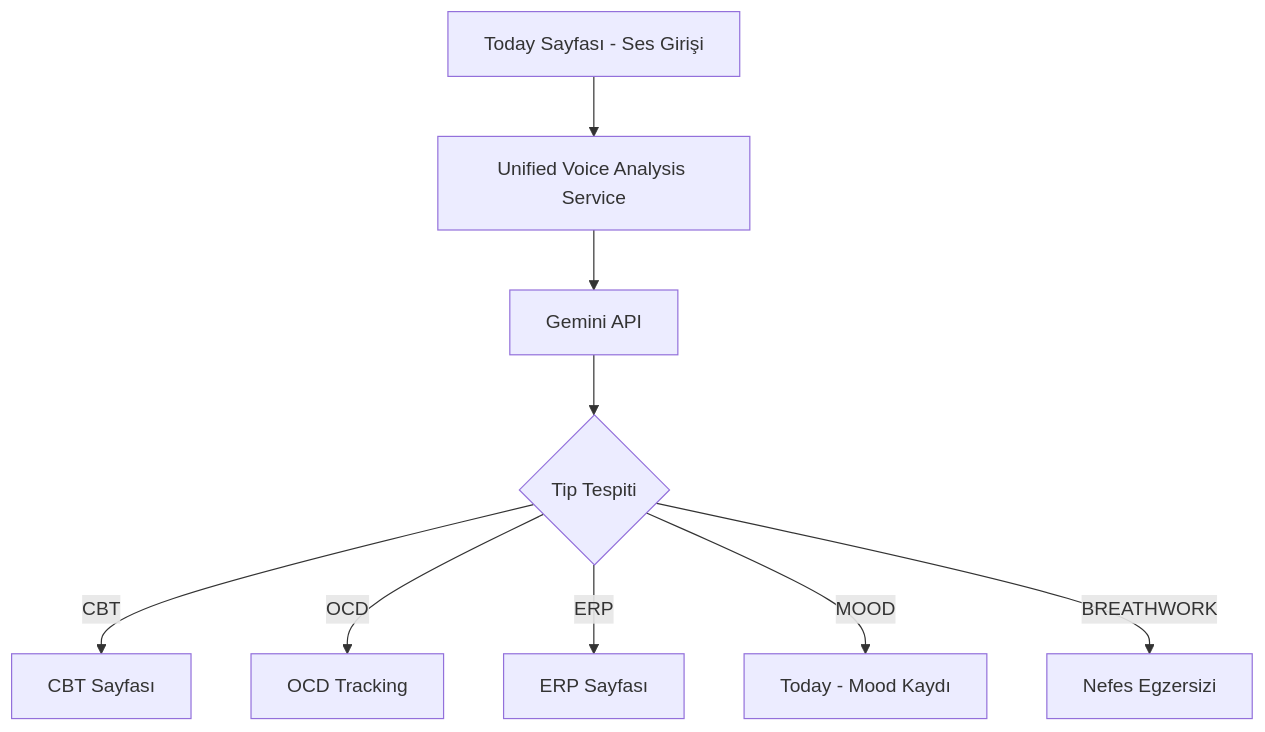
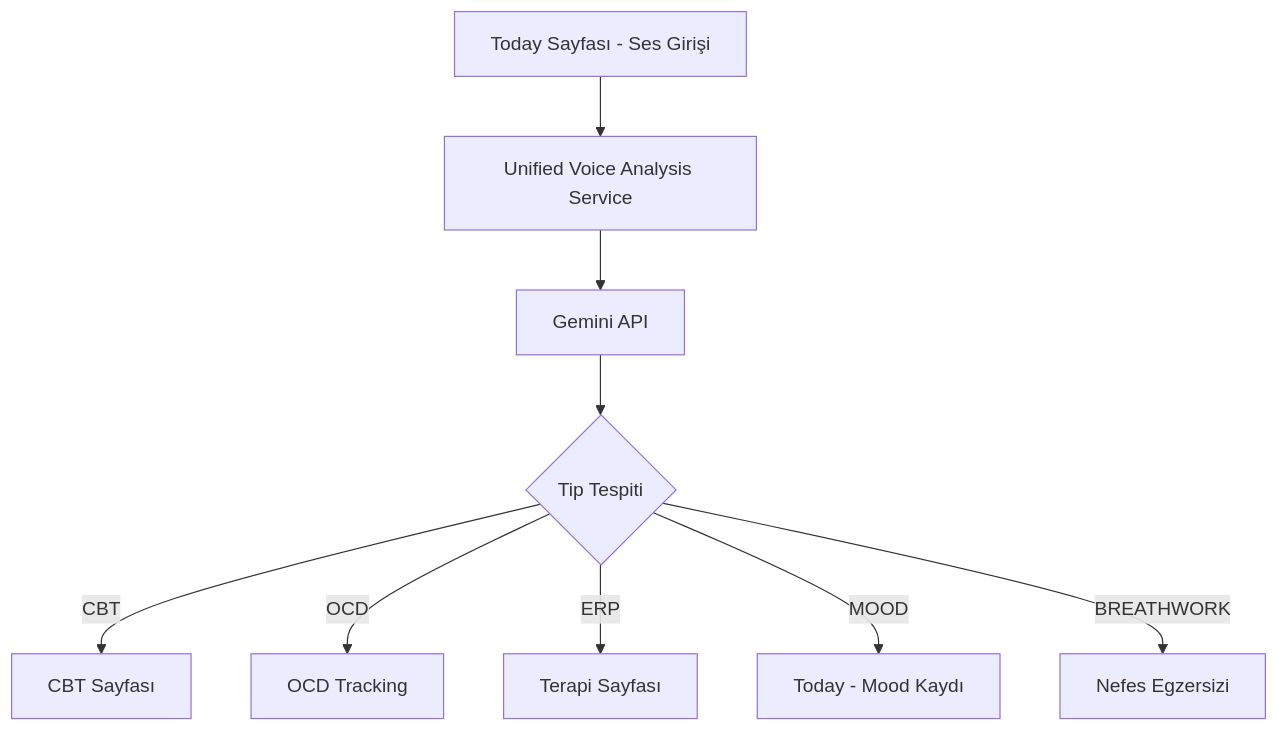
The diagram in archive/2025-01-legacy/UNIFIED_VOICE_ANALYSIS_PLAN.md (adilyoltay/obsessless-mobile-app), drawn with Mermaid before and after one commit. The commit also changed other lines of this file and 24 other files, not shown here.

````diff
--- a/archive/2025-01-legacy/UNIFIED_VOICE_ANALYSIS_PLAN.md
+++ b/archive/2025-01-legacy/UNIFIED_VOICE_ANALYSIS_PLAN.md
@@ -8,11 +8,11 @@
 ```mermaid
 graph TD
     A[Today Sayfası - Ses Girişi] --> B[Unified Voice Analysis Service]
     B --> C[Gemini API]
     C --> D{Tip Tespiti}
     D -->|CBT| E[CBT Sayfası]
     D -->|OCD| F[OCD Tracking]
-    D -->|ERP| G[ERP Sayfası]
+    D -->|ERP| G[Terapi Sayfası]
     D -->|MOOD| H[Today - Mood Kaydı]
     D -->|BREATHWORK| I[Nefes Egzersizi]
 ```
````
